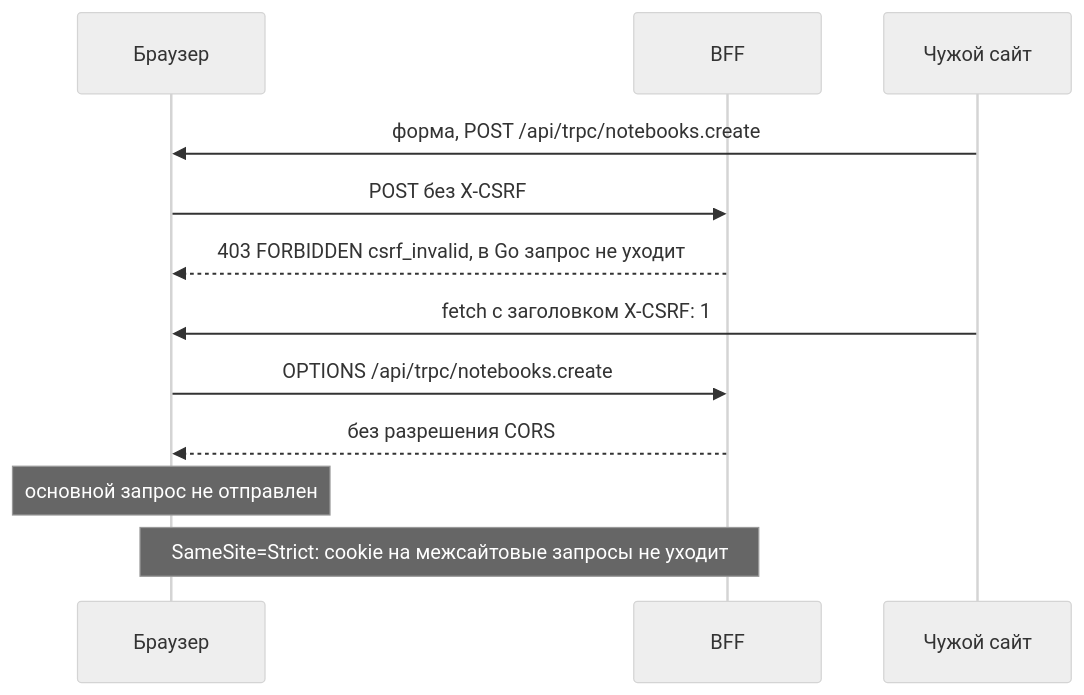
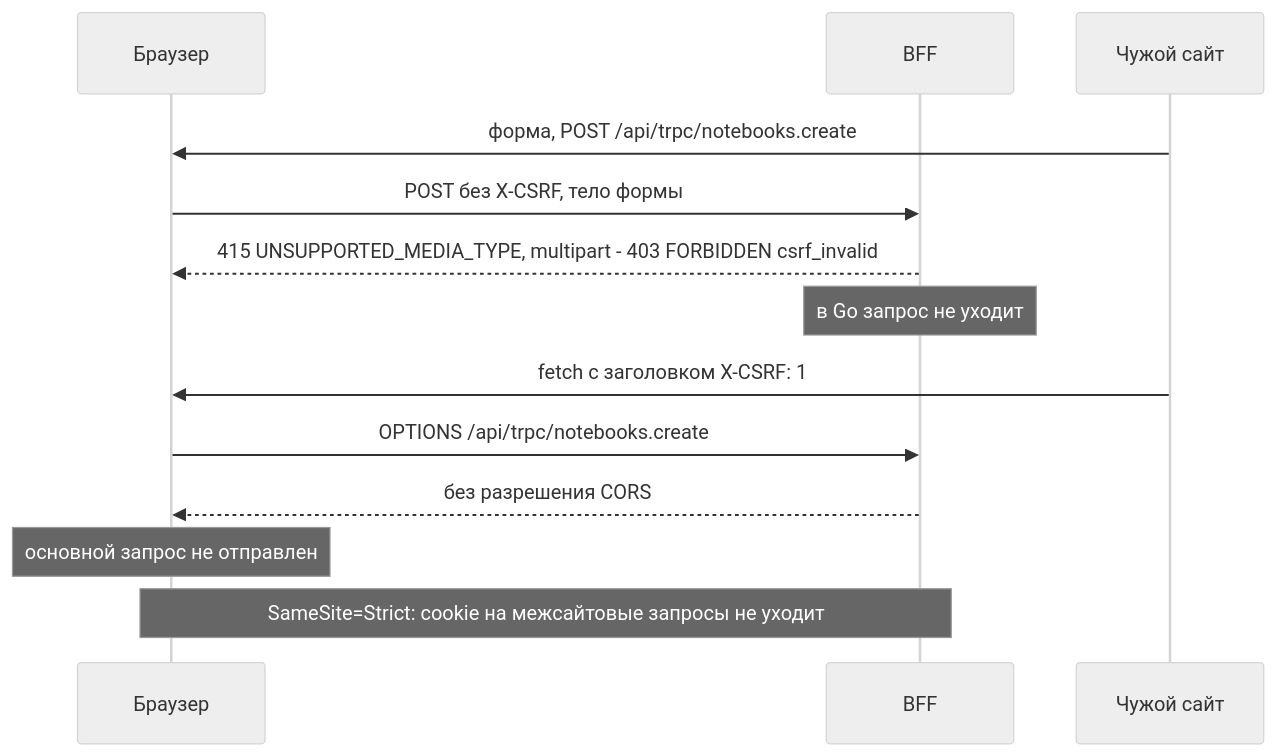
Before and after one commit to Cringe-Driven-Development-Team/docs: the seventh of 10 diagrams in site/modules/2026-10/tracks/bff/auth.md, drawn with Mermaid (neutral theme). The commit also changed other lines of this file and 3 other files, not shown here.

````diff
--- a/site/modules/2026-10/tracks/bff/auth.md
+++ b/site/modules/2026-10/tracks/bff/auth.md
@@ -283,14 +291,15 @@
 ```mermaid
 sequenceDiagram
   participant B as Браузер
   participant P as BFF
   participant E as Чужой сайт
   E->>B: форма, POST /api/trpc/notebooks.create
-  B->>P: POST без X-CSRF
-  P-->>B: 403 FORBIDDEN csrf_invalid, в Go запрос не уходит
+  B->>P: POST без X-CSRF, тело формы
+  P-->>B: 415 UNSUPPORTED_MEDIA_TYPE, multipart - 403 FORBIDDEN csrf_invalid
+  Note over P: в Go запрос не уходит
   E->>B: fetch с заголовком X-CSRF: 1
   B->>P: OPTIONS /api/trpc/notebooks.create
   P-->>B: без разрешения CORS
   Note over B: основной запрос не отправлен
   Note over B,P: SameSite=Strict: cookie на межсайтовые запросы не уходит
 ```
````
